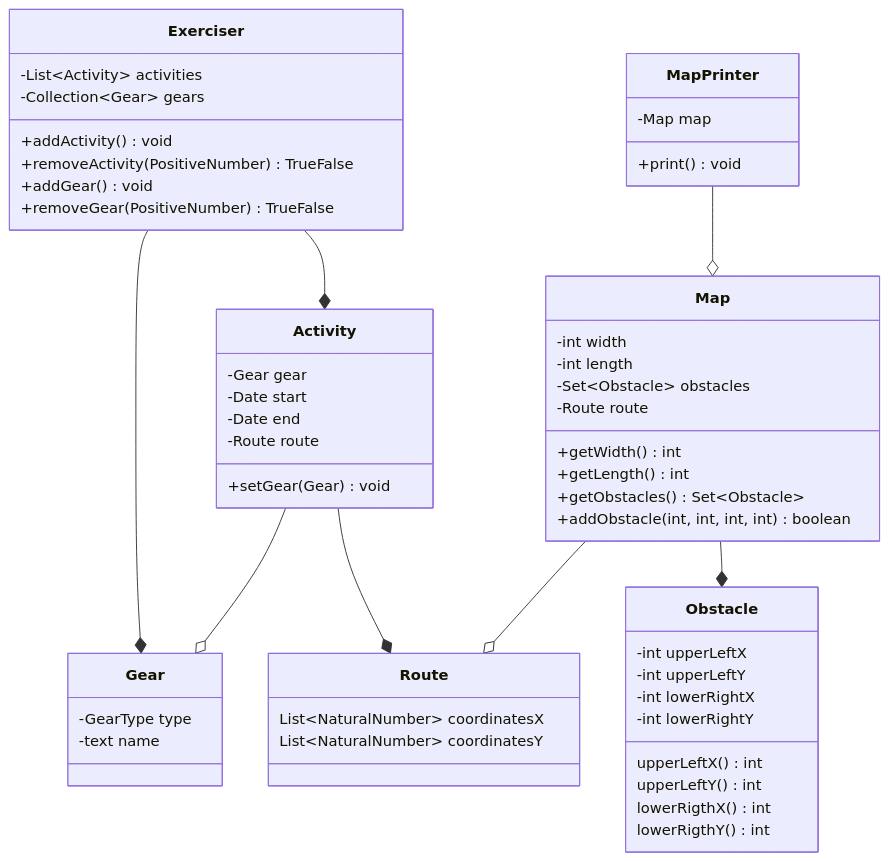
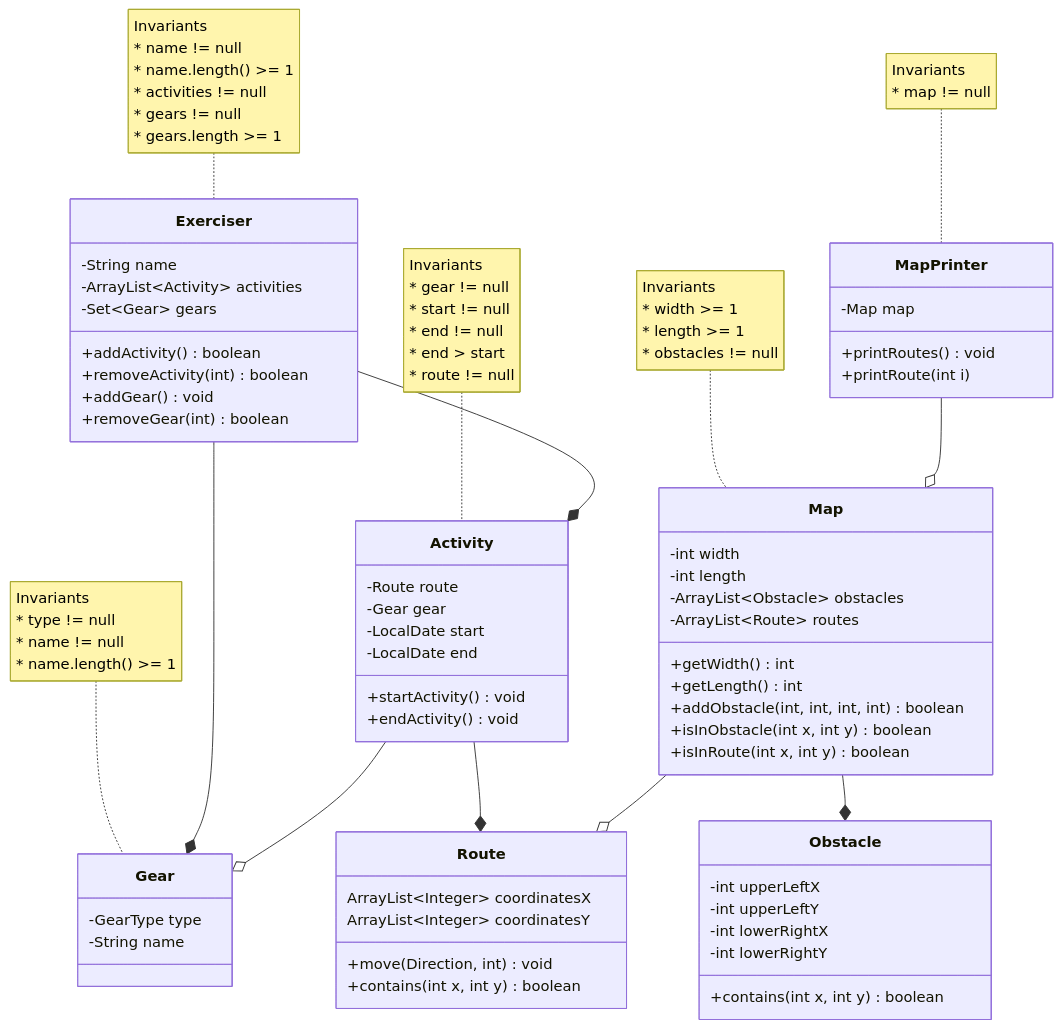
Before and after one commit to NarekVeranyan05/exercise_tracker: the diagram in README.md, drawn with Mermaid. The commit also changed 10 other files, not shown here.

Commit message:
-add Exerciser class -add ArraySet generic class -implement Route -modify Route, Obstacle, Activity

````diff
--- a/README.md
+++ b/README.md
@@ -13,32 +13,58 @@
 ```mermaid
 classDiagram
+%%    class TrackerManager {
+%%        Exerciser exerciser
+%%        Map map
+%%        
+%%        +Read(Scanner) void 
+%%    }
+%%    
+    
     class Exerciser {
-        %% order by date        
-        -List~Activity~ activities 
-        -Collection~Gear~ gears
+        %% order by date
+        -String name
+        -ArrayList~Activity~ activities 
+        -Set~Gear~ gears
         
-        +addActivity() void
-        +removeActivity(PositiveNumber) TrueFalse
+        +addActivity() boolean
+        %% should be >= 0
+        +removeActivity(int) boolean
         +addGear() void
-        +removeGear(PositiveNumber) TrueFalse
+        %% should be >= 0
+        +removeGear(int) boolean
     }
+    
+    note for Exerciser " Invariants
+        * name != null
+        * name.length() >= 1
+        * activities != null
+        * gears != null
+        * gears.length >= 1 
+    "
     
     class Map {
         %% should be > 0
         -int width
         %% should be > 0
         -int length
-        -Set~Obstacle~ obstacles
-        -Route route
+        -ArrayList~Obstacle~ obstacles
+        -ArrayList~Route~ routes
         
         %% should return > 0
         +getWidth() int
         %% should return > 0
         +getLength() int
-        +getObstacles() Set~Obstacle~
         %% params should be > 0
         +addObstacle(int, int, int, int) boolean
+        +isInObstacle(int x, int y) boolean
+        +isInRoute(int x, int y) boolean
     }
+    
+    note for Map "Invariants
+        * width >= 1
+        * length >= 1
+        * obstacles != null
+    "
     
     class Obstacle {
         %% should be > 0
@@ -50,38 +76,57 @@
         %% should be > 0
         -int lowerRightY
         
-        %% should return > 0
-        upperLeftX() int
-        upperLeftY() int
-        lowerRigthX() int
-        lowerRigthY() int
+        +contains(int x, int y) boolean
     }
     
     class Route {
-        List~NaturalNumber~ coordinatesX
-        List~NaturalNumber~ coordinatesY
+        ArrayList~Integer~ coordinatesX
+        ArrayList~Integer~ coordinatesY
+
+        +move(Direction, int) void
+        +contains(int x, int y) boolean
     }
     
     class Activity {
+        -Route route
         -Gear gear
-        -Date start
-        -Date end
-        -Route route
-        
-        +setGear(Gear) void
+        -LocalDate start
+        -LocalDate end
+     
+        +startActivity() void
+        +endActivity() void
     }
+    
+    %% FIXME how to state end > start
+    note for Activity "Invariants
+        * gear != null
+        * start != null
+        * end != null
+        * end > start
+        * route != null
+    "
     
     class Gear {
         -GearType type
-        -text name
+        -String name
     }
+    
+    note for Gear "Invariants
+        * type != null
+        * name != null
+        * name.length() >= 1
+    "
     
     class MapPrinter {
         -Map map
         
-        +print() void
+        +printRoutes() void
+        +printRoute(int i)
     }
-    
+
+    note for MapPrinter "Invariants
+        * map != null
+    "
     
     
     
@@ -91,7 +136,7 @@
     Activity --* Route
     Map --* Obstacle
     
+    Map --o Route
     Activity --o Gear
-    Map --o Route
     MapPrinter --o Map
 ```
````
